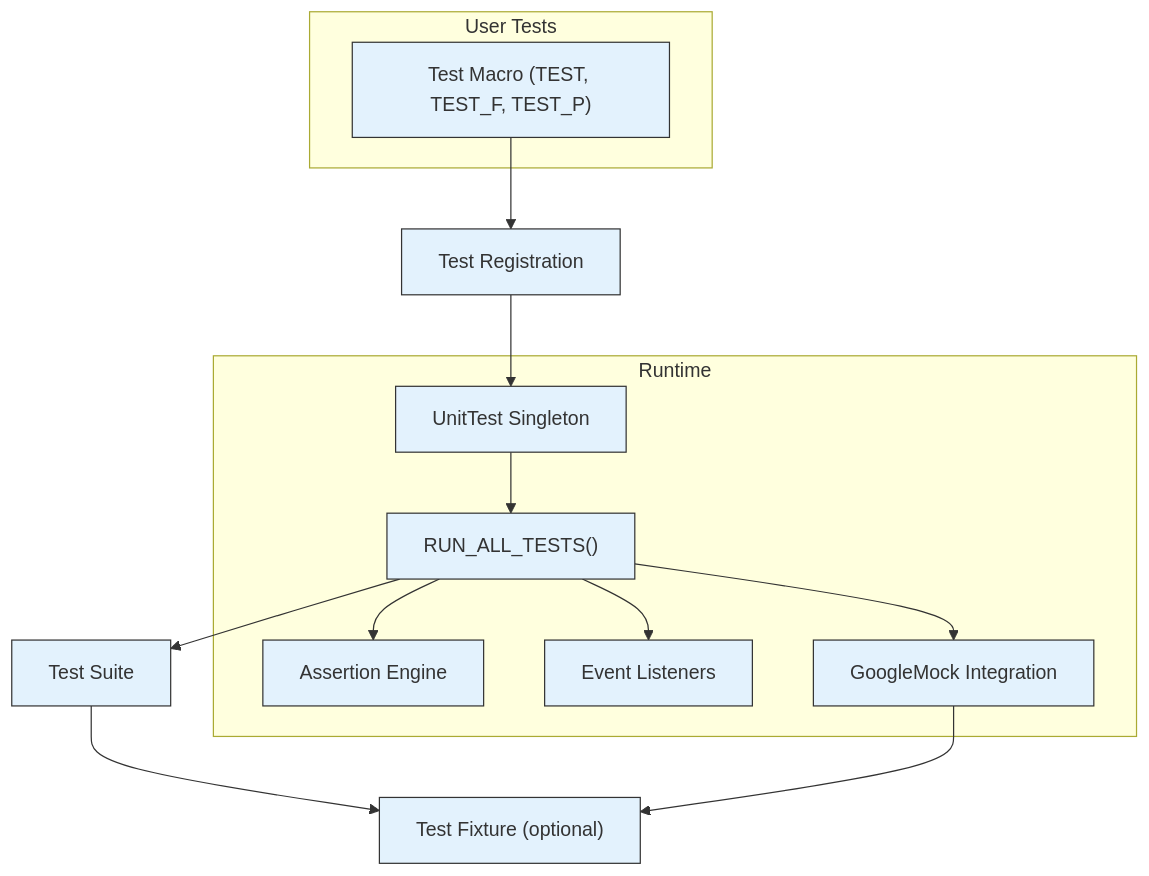
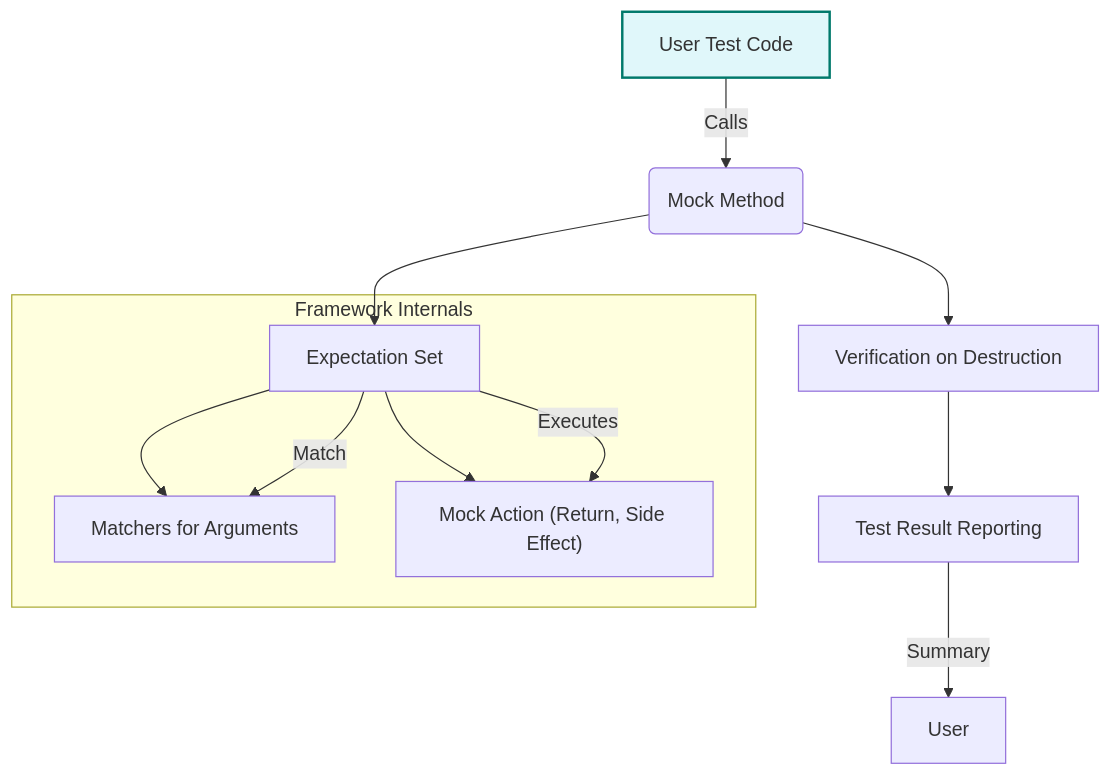
One commit to clidey/docucod-public-project-869ef7c3-7eff-4ad2-9765-2698303f14d7 changed the diagram in concepts/core-architecture/system-overview.mdx. Above: the diagram before and after it, drawn with Mermaid. The commit also changed other lines of this file and 56 other files, not shown here.

````diff
--- a/concepts/core-architecture/system-overview.mdx
+++ b/concepts/core-architecture/system-overview.mdx
@@ -152,28 +165,20 @@
 ```mermaid
 flowchart TD
-  TestMacro["Test Macro (TEST, TEST_F, TEST_P)"] --> Registration["Test Registration"]
-  Registration --> UnitTestSingleton["UnitTest Singleton"]
-  UnitTestSingleton --> TestRunner["RUN_ALL_TESTS()"]
-  TestRunner --> TestSuite["Test Suite"]
-  TestSuite --> TestFixture["Test Fixture (optional)"]
-  TestRunner --> AssertionHandler["Assertion Engine"]
-  TestRunner --> EventListeners["Event Listeners"]
-  TestRunner --> MockFramework["GoogleMock Integration"]
-  MockFramework --> TestFixture
 
-  subgraph User Tests
-    TestMacro
+  UserCode["User Test Code"] -->|Calls| MockMethod("Mock Method")
+  MockMethod --> ExpectationSet["Expectation Set"]
+  ExpectationSet --> Matcher["Matchers for Arguments"]
+  ExpectationSet --> Action["Mock Action (Return, Side Effect)"]
+  MockMethod --> Verify["Verification on Destruction"]
+  Verify --> Report["Test Result Reporting"]
+
+  subgraph Framework Internals
+    ExpectationSet -->|Match| Matcher
+    ExpectationSet -->|Executes| Action
   end
 
-  subgraph Runtime
-    UnitTestSingleton
-    TestRunner
-    AssertionHandler
-    EventListeners
-    MockFramework
-  end
+  Report -->|Summary| User
 
-  %% Style
-  classDef component fill:#e3f2fd,stroke:#333,stroke-width:1px;
-  class TestMacro,Registration,UnitTestSingleton,TestRunner,TestSuite,TestFixture,AssertionHandler,EventListeners,MockFramework component;
+  classDef userfill fill:#e0f7fa,stroke:#00796b,stroke-width:2px;
+  class UserCode userfill;
 ```
````
